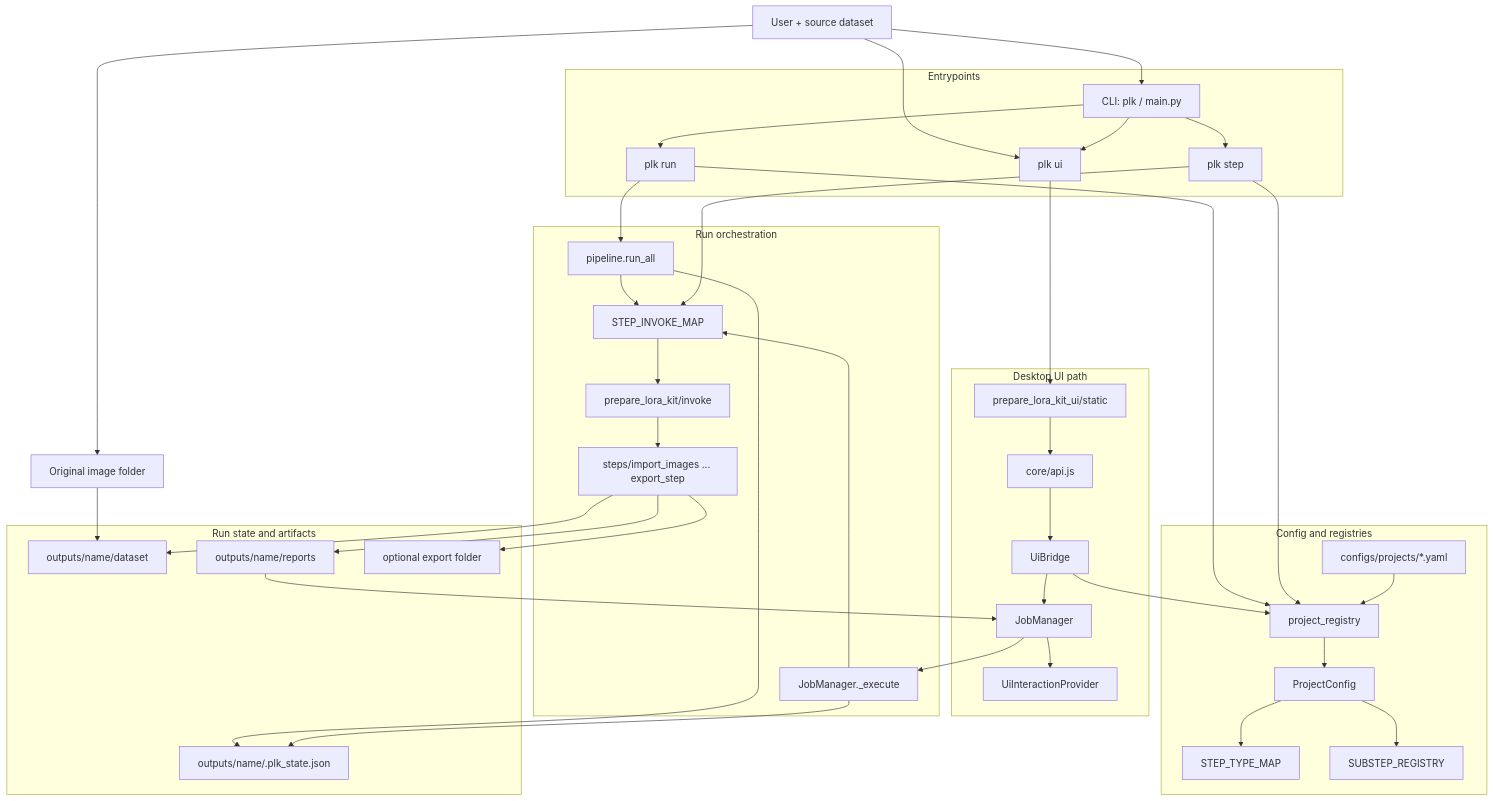
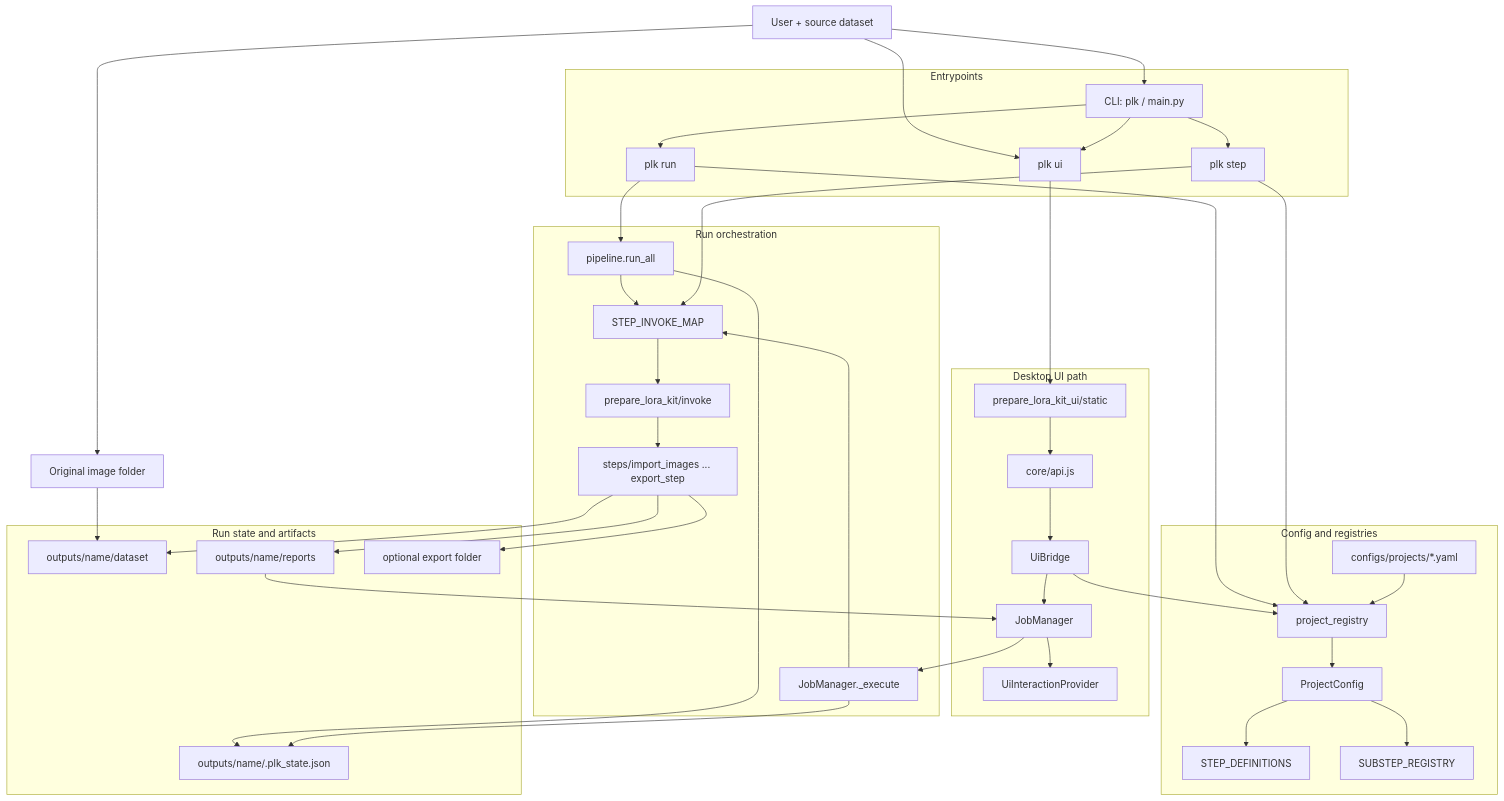
Before and after one commit to inflamously/PrepareLoraKit: the first of 2 diagrams in docs/project-graph.md, drawn with Mermaid. The commit also changed other lines of this file and 18 other files, not shown here.

````diff
--- a/docs/project-graph.md
+++ b/docs/project-graph.md
@@ -9,78 +9,78 @@
 ```mermaid
 flowchart TD
   user[User + source dataset]
   source[Original image folder]
 
   subgraph Entry["Entrypoints"]
     cli[CLI: plk / main.py]
     run_cmd[plk run]
     step_cmd[plk step]
     ui_cmd[plk ui]
   end
 
   subgraph UI["Desktop UI path"]
     static_app[prepare_lora_kit_ui/static]
     api_js[core/api.js]
     bridge[UiBridge]
     jobs[JobManager]
     interaction[UiInteractionProvider]
   end
 
   subgraph Config["Config and registries"]
     project_yaml[configs/projects/*.yaml]
     project_registry[project_registry]
     project_config[ProjectConfig]
-    step_type_map[STEP_TYPE_MAP]
+    step_definitions[STEP_DEFINITIONS]
     substeps[SUBSTEP_REGISTRY]
   end
 
   subgraph Run["Run orchestration"]
     pipeline[pipeline.run_all]
     ui_execute[JobManager._execute]
     invoke_map[STEP_INVOKE_MAP]
     invoke_adapters[prepare_lora_kit/invoke]
     steps[steps/import_images ... export_step]
   end
 
   subgraph Output["Run state and artifacts"]
     working[outputs/name/dataset]
     reports[outputs/name/reports]
     state_file[outputs/name/.plk_state.json]
     export_dir[optional export folder]
   end
 
   user --> cli
   user --> ui_cmd
   user --> source
   cli --> run_cmd
   cli --> step_cmd
   cli --> ui_cmd
   ui_cmd --> static_app
   static_app --> api_js
   api_js --> bridge
   bridge --> jobs
   jobs --> ui_execute
   jobs --> interaction
 
   run_cmd --> project_registry
   step_cmd --> project_registry
   bridge --> project_registry
   project_yaml --> project_registry
   project_registry --> project_config
-  project_config --> step_type_map
+  project_config --> step_definitions
   project_config --> substeps
 
   run_cmd --> pipeline
   pipeline --> invoke_map
   ui_execute --> invoke_map
   step_cmd --> invoke_map
   invoke_map --> invoke_adapters
   invoke_adapters --> steps
   source --> working
   steps --> working
   steps --> reports
   pipeline --> state_file
   ui_execute --> state_file
   steps --> export_dir
   reports --> jobs
 ```
````
